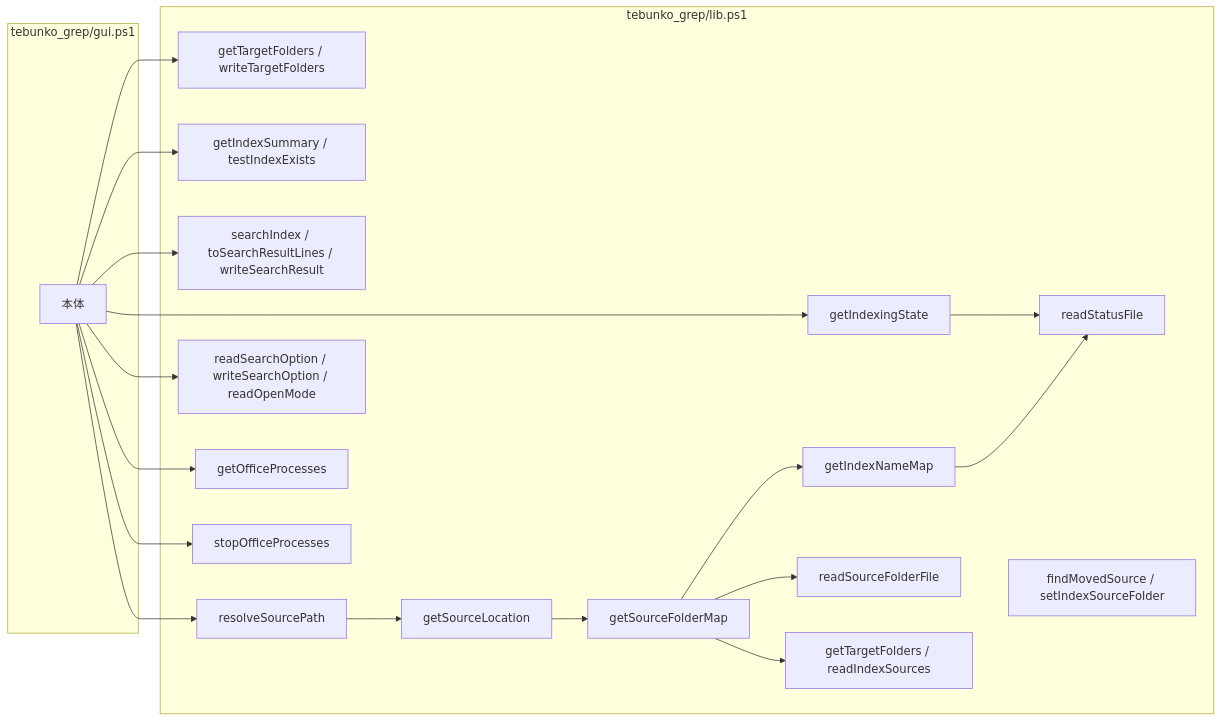
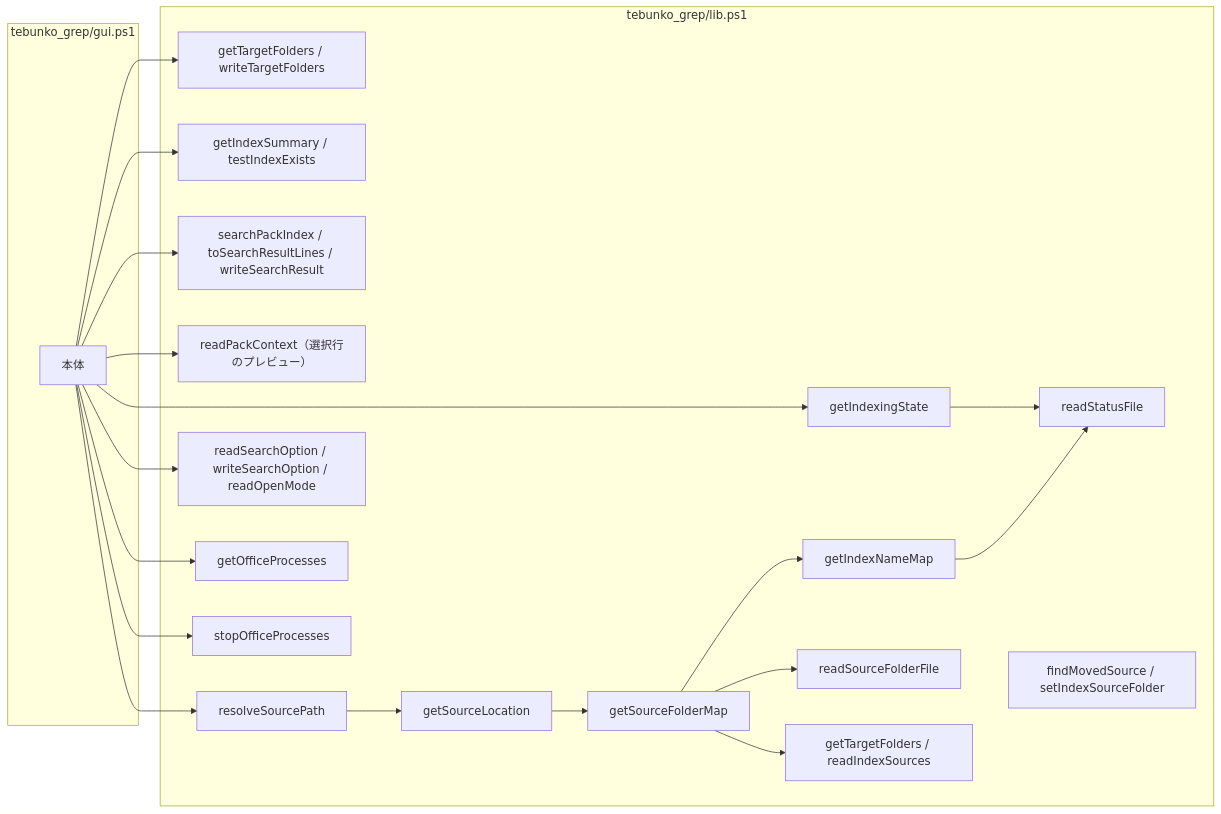
The third of 3 diagrams in docs/00_共通_2_共通モジュール.md (hsgwa/tebunko), drawn with Mermaid before and after one commit. The commit also changed other lines of this file and 53 other files, not shown here.

````diff
--- a/docs/00_共通_2_共通モジュール.md
+++ b/docs/00_共通_2_共通モジュール.md
@@ -269,21 +271,22 @@
 ```mermaid
 flowchart LR
     subgraph GUI["tebunko_grep/gui.ps1"]
         G["本体"]
     end
     subgraph CMS["tebunko_grep/lib.ps1"]
         TF["getTargetFolders / writeTargetFolders"]
         CS["getIndexingState"] --> RSF["readStatusFile"]
         SUM["getIndexSummary / testIndexExists"]
-        SI["searchIndex / toSearchResultLines / writeSearchResult"]
+        SI["searchPackIndex / toSearchResultLines / writeSearchResult"]
+        RPC["readPackContext（選択行のプレビュー）"]
         RSP["resolveSourcePath"] --> SL["getSourceLocation"] --> SFM["getSourceFolderMap"] --> INM["getIndexNameMap"] --> RSF
         SFM --> RSFF["readSourceFolderFile"]
         SFM --> TGT["getTargetFolders / readIndexSources"]
         RPL["findMovedSource / setIndexSourceFolder"]
         OPT["readSearchOption / writeSearchOption / readOpenMode"]
         GOP["getOfficeProcesses"]
         SOP["stopOfficeProcesses"]
     end
 
-    G --> TF & CS & SUM & SI & RSP & OPT & GOP & SOP
+    G --> TF & CS & SUM & SI & RPC & RSP & OPT & GOP & SOP
 ```
````
